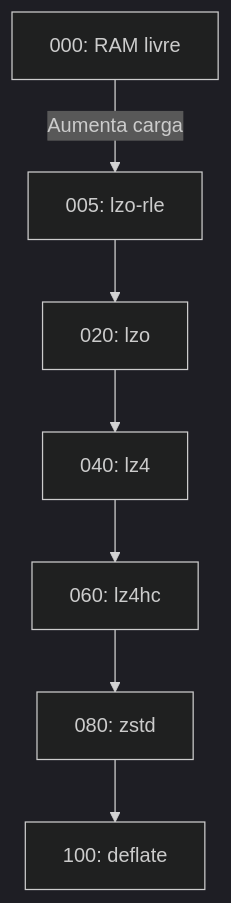
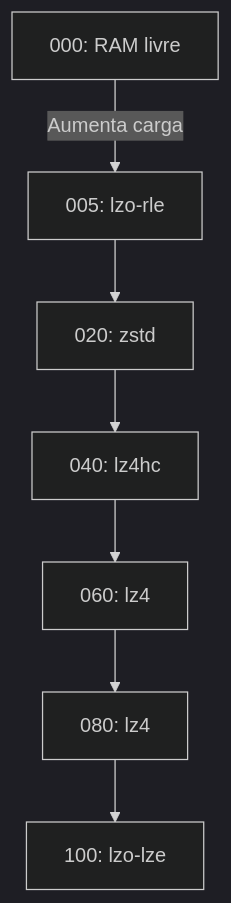
The first of 2 diagrams in prototipos/proto-AGI/modules/appliers/apply_zram_config.md (Lucifeeeeerrrrrrr/SAHCMA), drawn with Mermaid (dark theme) before and after one commit. The commit also changed other lines of this file and 2 other files, not shown here.

````diff
--- a/prototipos/proto-AGI/modules/appliers/apply_zram_config.md
+++ b/prototipos/proto-AGI/modules/appliers/apply_zram_config.md
@@ -179,9 +117,9 @@
 ```mermaid
 graph TD
     A[000: RAM livre] -->|Aumenta carga| B[005: lzo-rle]
-    B --> C[020: lzo]
-    C --> D[040: lz4]
-    D --> E[060: lz4hc]
-    E --> F[080: zstd]
-    F --> G[100: deflate]
+    B --> C[020: zstd]
+    C --> D[040: lz4hc]
+    D --> E[060: lz4]
+    E --> F[080: lz4]
+    F --> G[100: lzo-lze]
 ```
````
